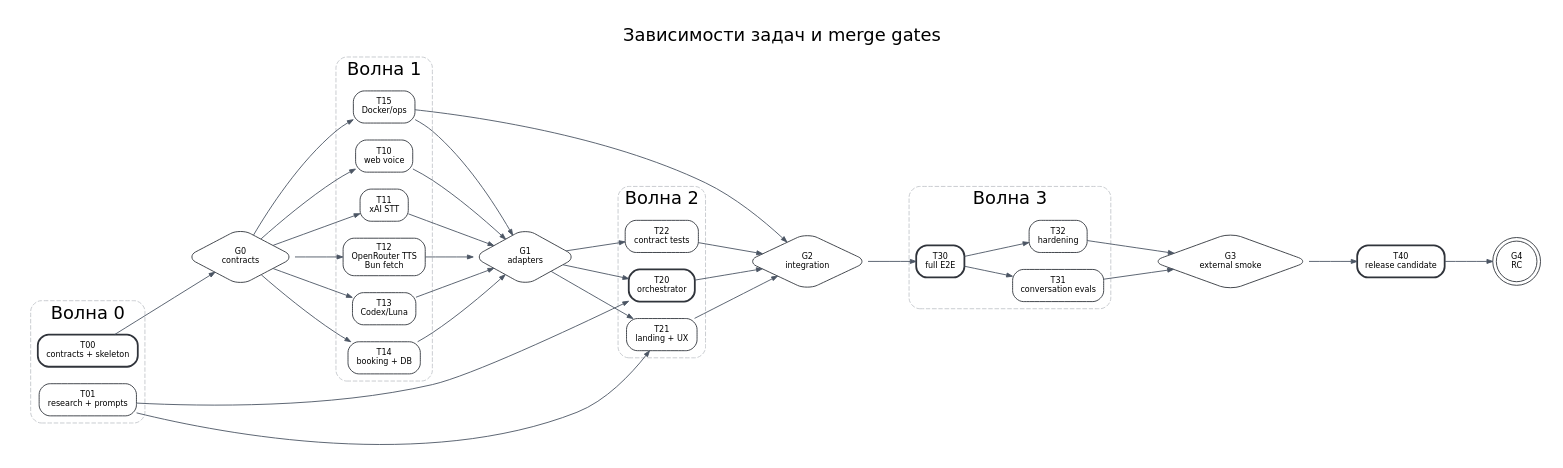
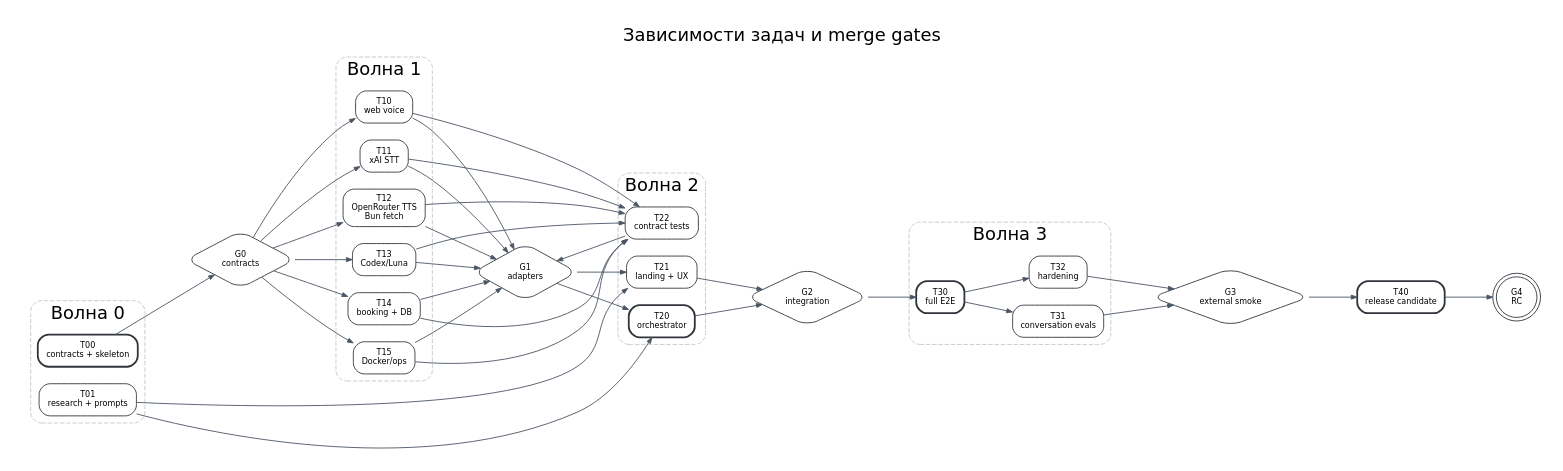
The diagram in diagrams/07-task-dependencies.dot (blockedby/botamin-voice), drawn with Graphviz before and after one commit. The commit also changed 7 other files, not shown here.

```diff
--- a/diagrams/07-task-dependencies.dot
+++ b/diagrams/07-task-dependencies.dot
@@ -1,49 +1,50 @@
 digraph G {
   graph [rankdir=LR, bgcolor="white", pad="0.25", nodesep="0.26", ranksep="0.75", fontname="DejaVu Sans", label="Зависимости задач и merge gates", labelloc=t, fontsize=20, compound=true];
   node [shape=box, style="rounded,filled", fillcolor="white", color="#30343b", fontname="DejaVu Sans", fontsize=9, margin="0.13,0.08"];
   edge [color="#4b5563", penwidth=1.0, arrowsize=0.65, fontname="DejaVu Sans", fontsize=7];
 
   subgraph cluster_w0 { label="Волна 0"; color="#c4c7cc"; style="rounded,dashed";
     t00 [label="T00\ncontracts + skeleton", penwidth=2.0];
     t01 [label="T01\nresearch + prompts"];
   }
   g0 [shape=diamond, label="G0\ncontracts"];
 
   subgraph cluster_w1 { label="Волна 1"; color="#c4c7cc"; style="rounded,dashed";
     t10 [label="T10\nweb voice"];
     t11 [label="T11\nxAI STT"];
     t12 [label="T12\nOpenRouter TTS\nBun fetch"];
     t13 [label="T13\nCodex/Luna"];
     t14 [label="T14\nbooking + DB"];
     t15 [label="T15\nDocker/ops"];
   }
   g1 [shape=diamond, label="G1\nadapters"];
 
   subgraph cluster_w2 { label="Волна 2"; color="#c4c7cc"; style="rounded,dashed";
     t20 [label="T20\norchestrator", penwidth=2.0];
     t21 [label="T21\nlanding + UX"];
     t22 [label="T22\ncontract tests"];
   }
   g2 [shape=diamond, label="G2\nintegration"];
 
   subgraph cluster_w3 { label="Волна 3"; color="#c4c7cc"; style="rounded,dashed";
     t30 [label="T30\nfull E2E", penwidth=2.0];
     t31 [label="T31\nconversation evals"];
     t32 [label="T32\nhardening"];
   }
   g3 [shape=diamond, label="G3\nexternal smoke"];
   t40 [label="T40\nrelease candidate", penwidth=2.0];
   g4 [shape=doublecircle, label="G4\nRC"];
 
   t00 -> g0;
   t01 -> t20;
   g0 -> {t10 t11 t12 t13 t14 t15};
-  {t10 t11 t12 t13 t14 t15} -> g1;
-  g1 -> {t20 t21 t22};
+  {t10 t11 t12 t13 t14 t15} -> t22;
+  {t10 t11 t12 t13 t14 t15 t22} -> g1;
+  g1 -> {t20 t21};
   t01 -> t21;
-  {t20 t21 t22 t15} -> g2;
+  {t20 t21} -> g2;
   g2 -> t30;
   t30 -> {t31 t32};
   {t31 t32} -> g3;
   g3 -> t40 -> g4;
 }
```
